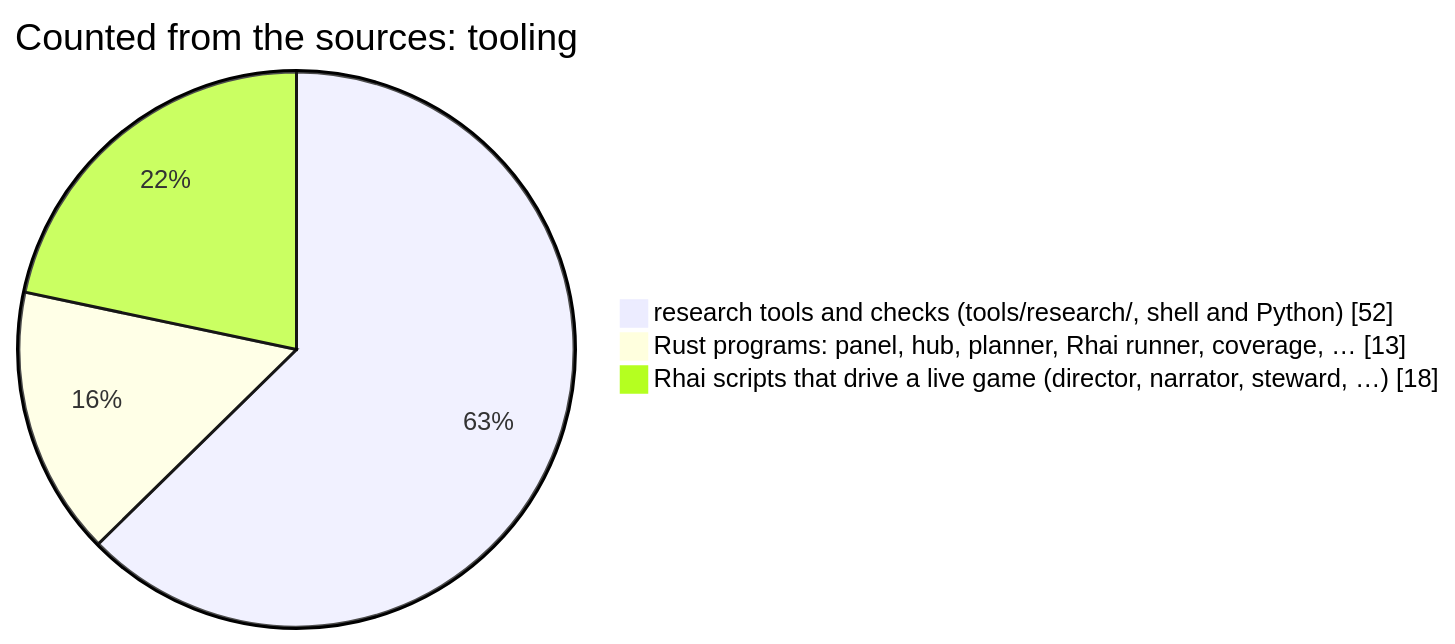
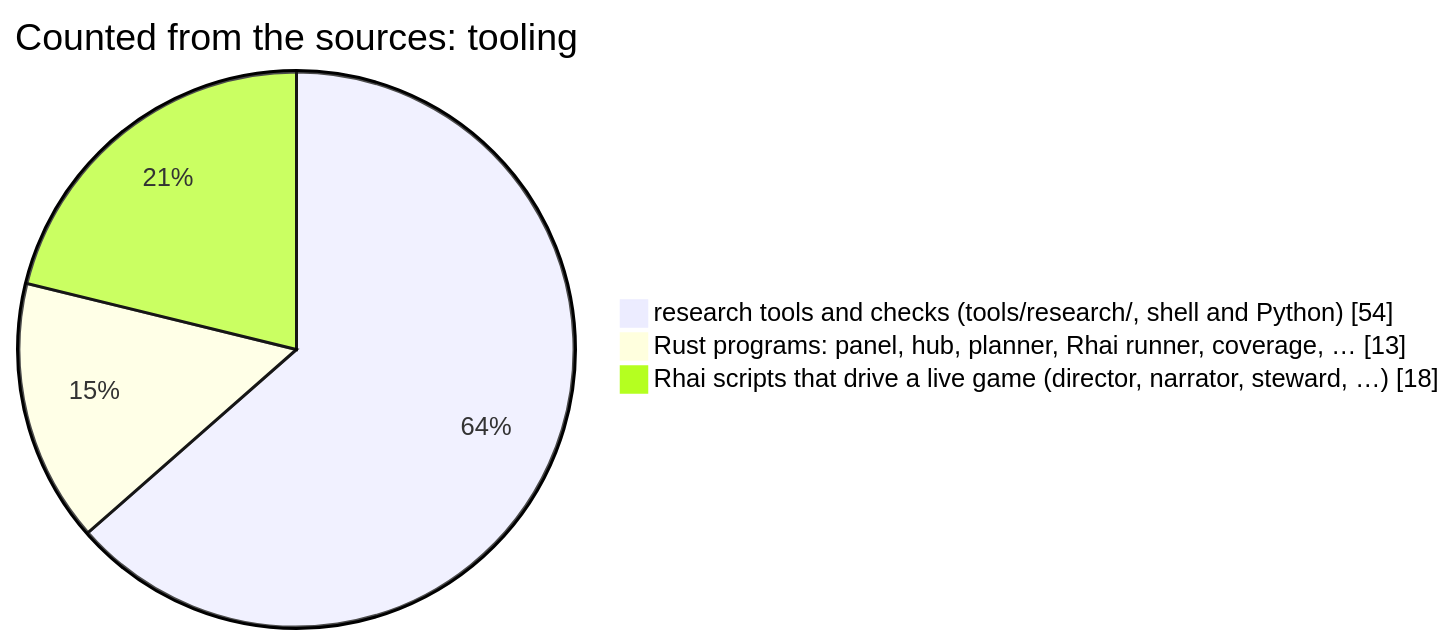
Before and after one commit to korczis/OpenTTD: the seventh of 12 diagrams in README.md, drawn with Mermaid. The commit also changed other lines of this file and 7 other files, not shown here.

````diff
--- a/README.md
+++ b/README.md
@@ -798,6 +798,6 @@
 ```mermaid
 pie showData title Counted from the sources: tooling
-    "research tools and checks (tools/research/, shell and Python)" : 52
+    "research tools and checks (tools/research/, shell and Python)" : 54
     "Rust programs: panel, hub, planner, Rhai runner, coverage, …" : 13
     "Rhai scripts that drive a live game (director, narrator, steward, …)" : 18
 ```
````
